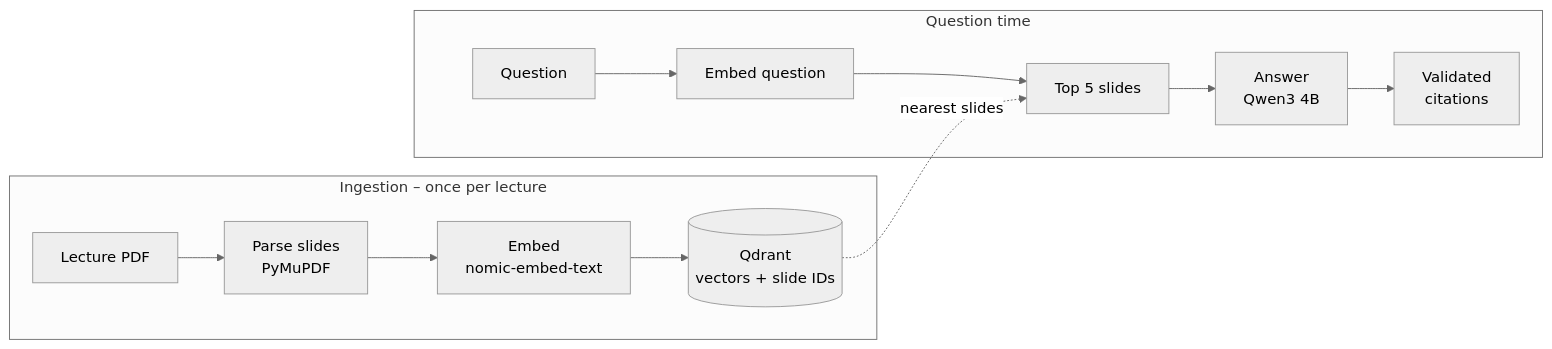
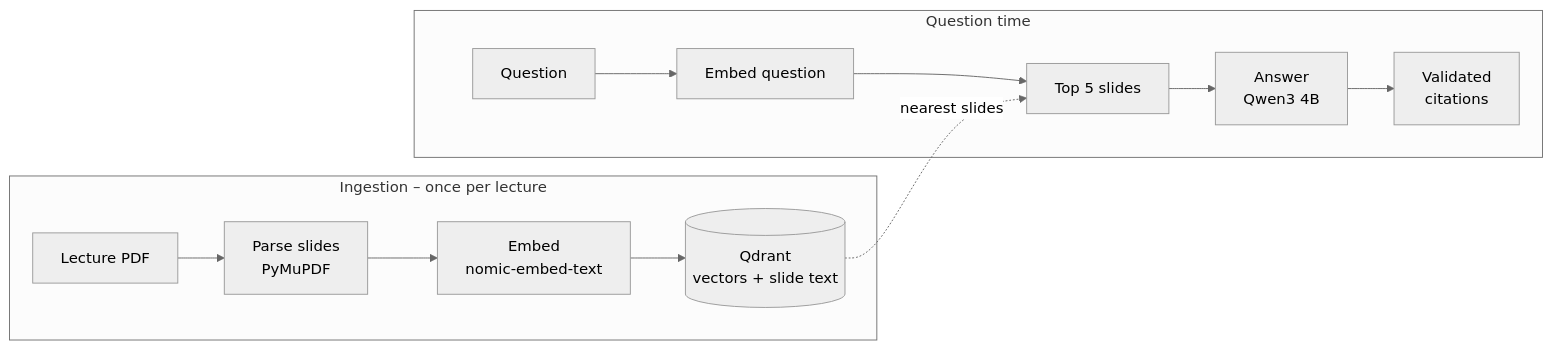
One commit to Fezz00/study-RAG changed the second of 2 diagrams in README.md. Above: the diagram before and after it, drawn with Mermaid (neutral theme). The commit also changed other lines of this file, not shown here.

Commit message:
Update README for Phase 2: Docker quick start, API, architecture

````diff
--- a/README.md
+++ b/README.md
@@ -29,10 +55,10 @@
 ```mermaid
 flowchart LR
     subgraph Ingestion["Ingestion – once per lecture"]
-        A[Lecture PDF] --> B[Parse slides<br/>PyMuPDF] --> C[Embed<br/>nomic-embed-text] --> D[(Qdrant<br/>vectors + slide IDs)]
+        A[Lecture PDF] --> B[Parse slides<br/>PyMuPDF] --> C[Embed<br/>nomic-embed-text] --> D[(Qdrant<br/>vectors + slide text)]
     end
     subgraph Question["Question time"]
         Q[Question] --> E[Embed question] --> F[Top 5 slides] --> G[Answer<br/>Qwen3 4B] --> H[Validated<br/>citations]
     end
     D -. nearest slides .-> F
 ```
````
